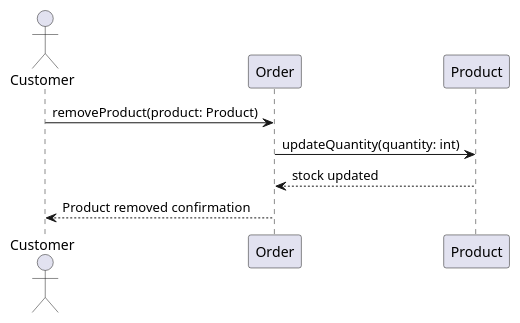
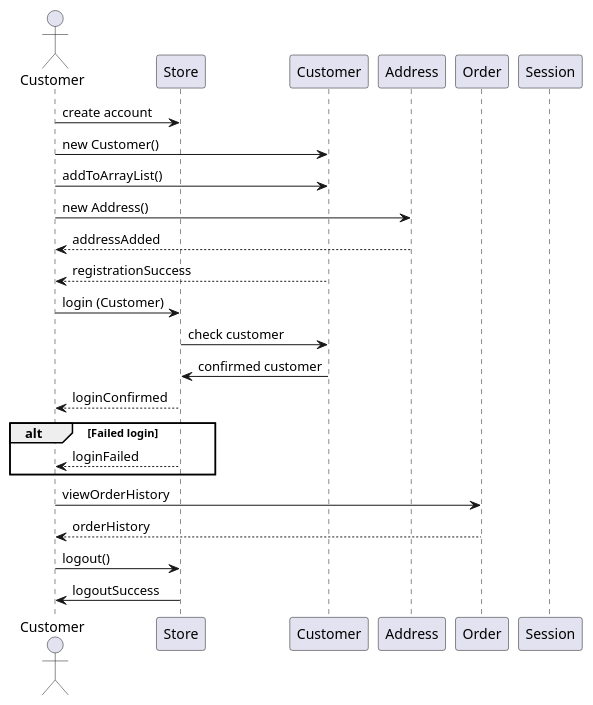
The diagram in Model UML/src/diagram_sekwencji_v4.puml (szczepanikoww/Store_4Spaces), drawn with PlantUML before and after one commit. The commit also changed 7 other files, not shown here.

```diff
--- a/Model UML/src/diagram_sekwencji_v4.puml
+++ b/Model UML/src/diagram_sekwencji_v4.puml
@@ -1,13 +1,32 @@
 @startuml
 actor Customer as c
+participant Store as u
+participant Customer as a
+participant Address as ad
 participant Order as o
-participant Product as p
+participant Session as s
+
+c -> u : create account
+c -> a : new Customer()
+c -> a : addToArrayList()
+c -> ad : new Address()
+ad --> c : addressAdded
+
+a --> c : registrationSuccess
+
+c -> u : login (Customer)
+u -> a : check customer
+a -> u : confirmed customer
+u --> c : loginConfirmed
 
 
-' usuwanie produktu z zamowienia
+alt Failed login
+    u --> c : loginFailed
+end
 
-c -> o : removeProduct(product: Product)
-o -> p : updateQuantity(quantity: int)
-p --> o : stock updated
-o --> c : Product removed confirmation
+c -> o : viewOrderHistory
+o --> c : orderHistory
+
+c -> u : logout()
+u -> c : logoutSuccess
 @enduml
```
